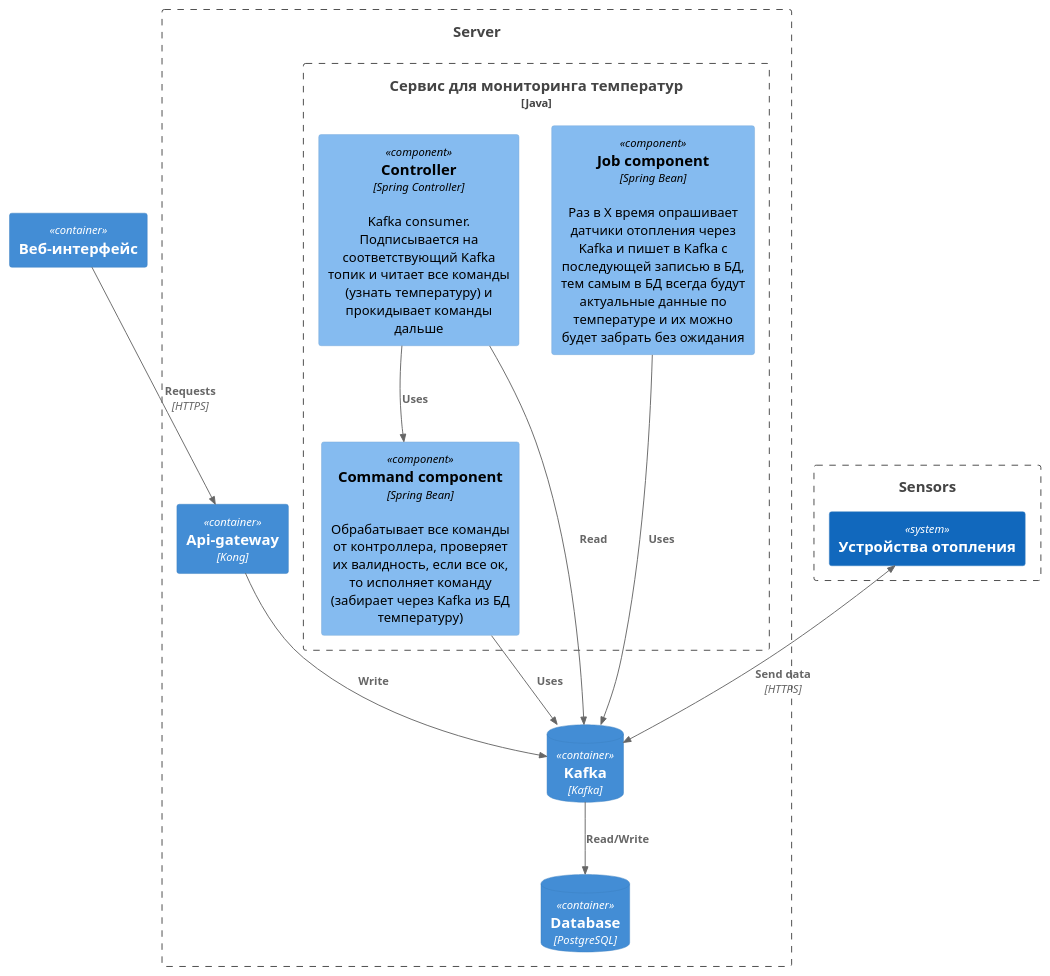
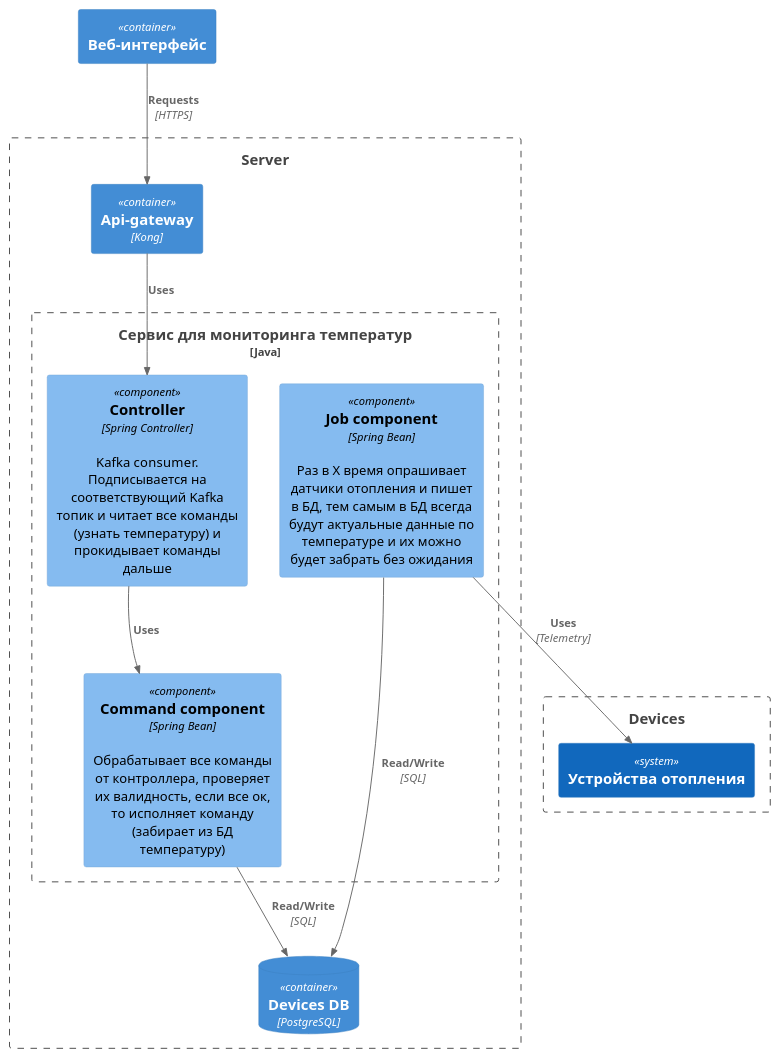
The diagram in plantuml-charts/components/MonitorTemperatureService.puml (frenman-y/architecture-sprint-3), drawn with PlantUML before and after one commit. The commit also changed 6 other files, not shown here.

```diff
--- a/plantuml-charts/components/MonitorTemperatureService.puml
+++ b/plantuml-charts/components/MonitorTemperatureService.puml
@@ -1,31 +1,27 @@
 @startuml
 !include https://raw.githubusercontent.com/plantuml-stdlib/C4-PlantUML/master/C4_Component.puml
 
 Container(frontend, "Веб-интерфейс")
 
 Boundary(server, "Server") {
     Boundary(monitorTemperatureService, "Сервис для мониторинга температур", "Java") {
         Component(controller, "Controller", "Spring Controller", "Kafka consumer. Подписывается на соответствующий Kafka топик и читает все команды (узнать температуру) и прокидывает команды дальше")
-        Component(command, "Command component", "Spring Bean", "Обрабатывает все команды от контроллера, проверяет их валидность, если все ок, то исполняет команду (забирает через Kafka из БД температуру)")
-        Component(job, "Job component", "Spring Bean", "Раз в Х время опрашивает датчики отопления через Kafka и пишет в Kafka с последующей записью в БД, тем самым в БД всегда будут актуальные данные по температуре и их можно будет забрать без ожидания")
+        Component(command, "Command component", "Spring Bean", "Обрабатывает все команды от контроллера, проверяет их валидность, если все ок, то исполняет команду (забирает из БД температуру)")
+        Component(job, "Job component", "Spring Bean", "Раз в Х время опрашивает датчики отопления и пишет в БД, тем самым в БД всегда будут актуальные данные по температуре и их можно будет забрать без ожидания")
     }
 
     Container(apiGateway, "Api-gateway", "Kong")
-    ContainerDb(db, "Database", "PostgreSQL")
-    ContainerDb(kafka, "Kafka", "Kafka")
+    ContainerDb(devicesDb, "Devices DB", "PostgreSQL")
 }
 
-Boundary(sensors, "Sensors") {
-    System(sensor1, "Устройства отопления")
+Boundary(devices, "Devices") {
+    System(device1, "Устройства отопления")
 }
 
 Rel(frontend, apiGateway, "Requests", "HTTPS")
-Rel(apiGateway, kafka, "Write")
-Rel(controller, kafka, "Read")
+Rel(apiGateway, controller, "Uses")
 Rel(controller, command, "Uses")
-Rel(command, kafka, "Uses")
-Rel(job, kafka, "Uses")
-BiRel(sensor1, kafka, "Send data", "HTTPS")
-
-Rel(kafka, db, "Read/Write")
+Rel(job, device1, "Uses", "Telemetry")
+Rel(command, devicesDb, "Read/Write", "SQL")
+Rel(job, devicesDb, "Read/Write", "SQL")
 @enduml
```
